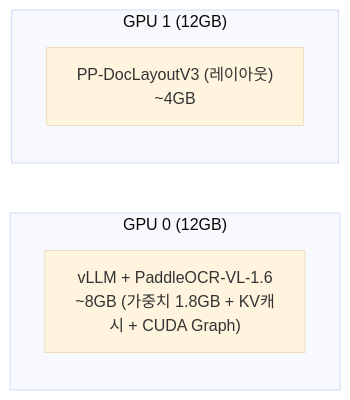
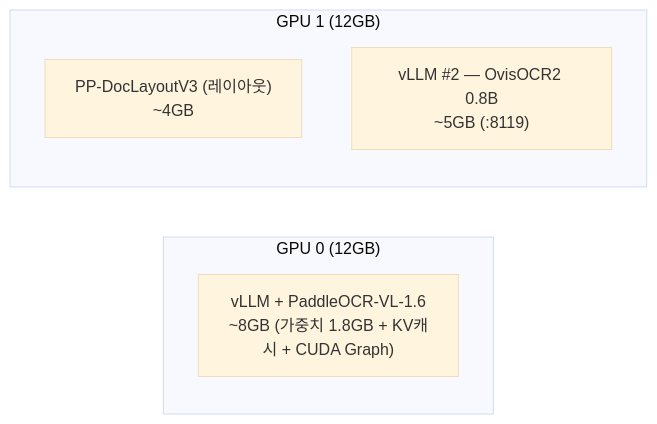
One commit to SinokorOfficial/paddleocr-vl-docs changed the second of 2 diagrams in docs/architecture.md. Above: the diagram before and after it, drawn with Mermaid (base theme). The commit also changed other lines of this file and 3 other files, not shown here.

Commit message:
docs: OvisOCR2 듀얼 엔진 + 접수번호(job) API 문서화 (논문·모델카드 링크 포함)

````diff
--- a/docs/architecture.md
+++ b/docs/architecture.md
@@ -41,9 +41,10 @@
 ```mermaid
 flowchart LR
     subgraph GPU0["GPU 0 (12GB)"]
         VL["vLLM + PaddleOCR-VL-1.6<br/>~8GB (가중치 1.8GB + KV캐시 + CUDA Graph)"]
     end
     subgraph GPU1["GPU 1 (12GB)"]
         LY["PP-DocLayoutV3 (레이아웃)<br/>~4GB"]
+        OV["vLLM #2 — OvisOCR2 0.8B<br/>~5GB (:8119)"]
     end
 ```
````
